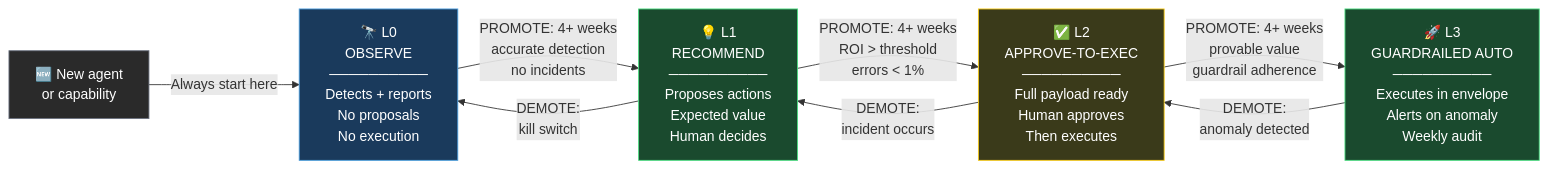
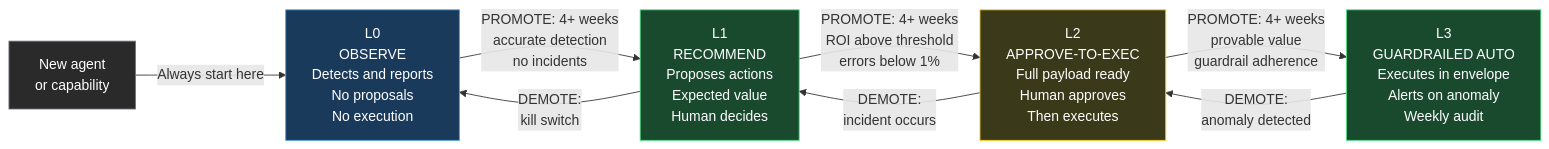
One commit to fszale/agent-kernel changed the diagram in diagrams/autonomy-ladder.mmd. Above: the diagram before and after it, drawn with Mermaid. The commit also changed 8 other files, not shown here.

Commit message:
fix: corrected diagram

```diff
--- a/diagrams/autonomy-ladder.mmd
+++ b/diagrams/autonomy-ladder.mmd
@@ -1,21 +1,21 @@
 graph LR
-    L0["🔭 L0\nOBSERVE\n──────────\nDetects + reports\nNo proposals\nNo execution"]
-    L1["💡 L1\nRECOMMEND\n──────────\nProposes actions\nExpected value\nHuman decides"]
-    L2["✅ L2\nAPPROVE-TO-EXEC\n──────────\nFull payload ready\nHuman approves\nThen executes"]
-    L3["🚀 L3\nGUARDRAILED AUTO\n──────────\nExecutes in envelope\nAlerts on anomaly\nWeekly audit"]
+    L0["L0\nOBSERVE\nDetects and reports\nNo proposals\nNo execution"]
+    L1["L1\nRECOMMEND\nProposes actions\nExpected value\nHuman decides"]
+    L2["L2\nAPPROVE-TO-EXEC\nFull payload ready\nHuman approves\nThen executes"]
+    L3["L3\nGUARDRAILED AUTO\nExecutes in envelope\nAlerts on anomaly\nWeekly audit"]
 
     L0 -->|"PROMOTE: 4+ weeks\naccurate detection\nno incidents"| L1
-    L1 -->|"PROMOTE: 4+ weeks\nROI > threshold\nerrors < 1%"| L2
+    L1 -->|"PROMOTE: 4+ weeks\nROI above threshold\nerrors below 1%"| L2
     L2 -->|"PROMOTE: 4+ weeks\nprovable value\nguardrail adherence"| L3
 
     L3 -->|"DEMOTE:\nanomaly detected"| L2
     L2 -->|"DEMOTE:\nincident occurs"| L1
     L1 -->|"DEMOTE:\nkill switch"| L0
 
-    NEW["🆕 New agent\nor capability"] -->|"Always start here"| L0
+    NEW["New agent\nor capability"] -->|"Always start here"| L0
 
     style L0 fill:#1a3a5c,color:#fff,stroke:#4a9ede
     style L1 fill:#1a4a2e,color:#fff,stroke:#4ade80
     style L2 fill:#3a3a1a,color:#fff,stroke:#facc15
     style L3 fill:#1a4a2e,color:#fff,stroke:#4ade80
     style NEW fill:#2a2a2a,color:#fff,stroke:#6b7280
```
